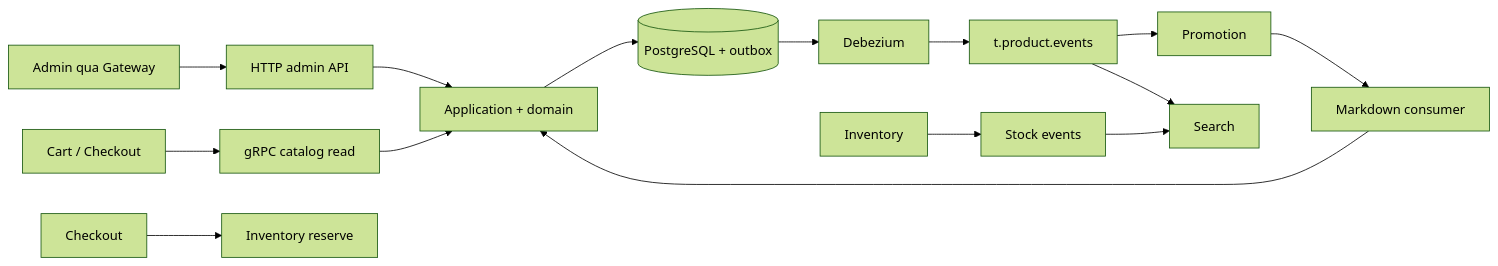
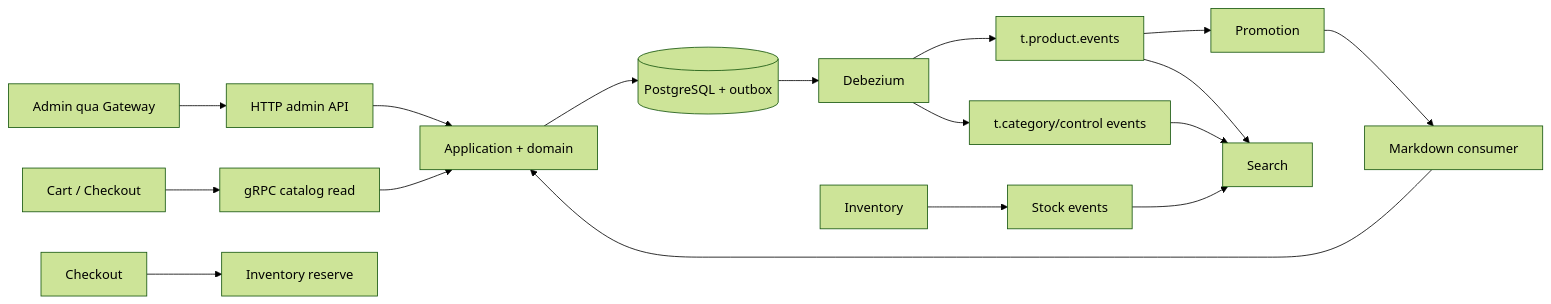
One commit to quangdung2110/e-commerce-microservices changed the diagram in docs/product/architecture.md. Above: the diagram before and after it, drawn with Mermaid (forest theme). The commit also changed other lines of this file and 38 other files, not shown here.

````diff
--- a/docs/product/architecture.md
+++ b/docs/product/architecture.md
@@ -14,17 +14,19 @@
 ```mermaid
 flowchart LR
   ADMIN[Admin qua Gateway] --> HTTP[HTTP admin API]
   CART[Cart / Checkout] --> GRPC[gRPC catalog read]
   PROMOTION[Promotion] --> MK[Markdown consumer]
   HTTP --> APP[Application + domain]
   GRPC --> APP
   MK --> APP
   APP --> PG[(PostgreSQL + outbox)]
   PG --> DBZ[Debezium]
   DBZ --> PE[t.product.events]
+  DBZ --> CE[t.category/control events]
   PE --> SEARCH[Search]
   PE --> PROMOTION
+  CE --> SEARCH
   INVENTORY[Inventory] --> IE[Stock events]
   IE --> SEARCH
   CHECKOUT[Checkout] --> RESERVE[Inventory reserve]
 ```
````
